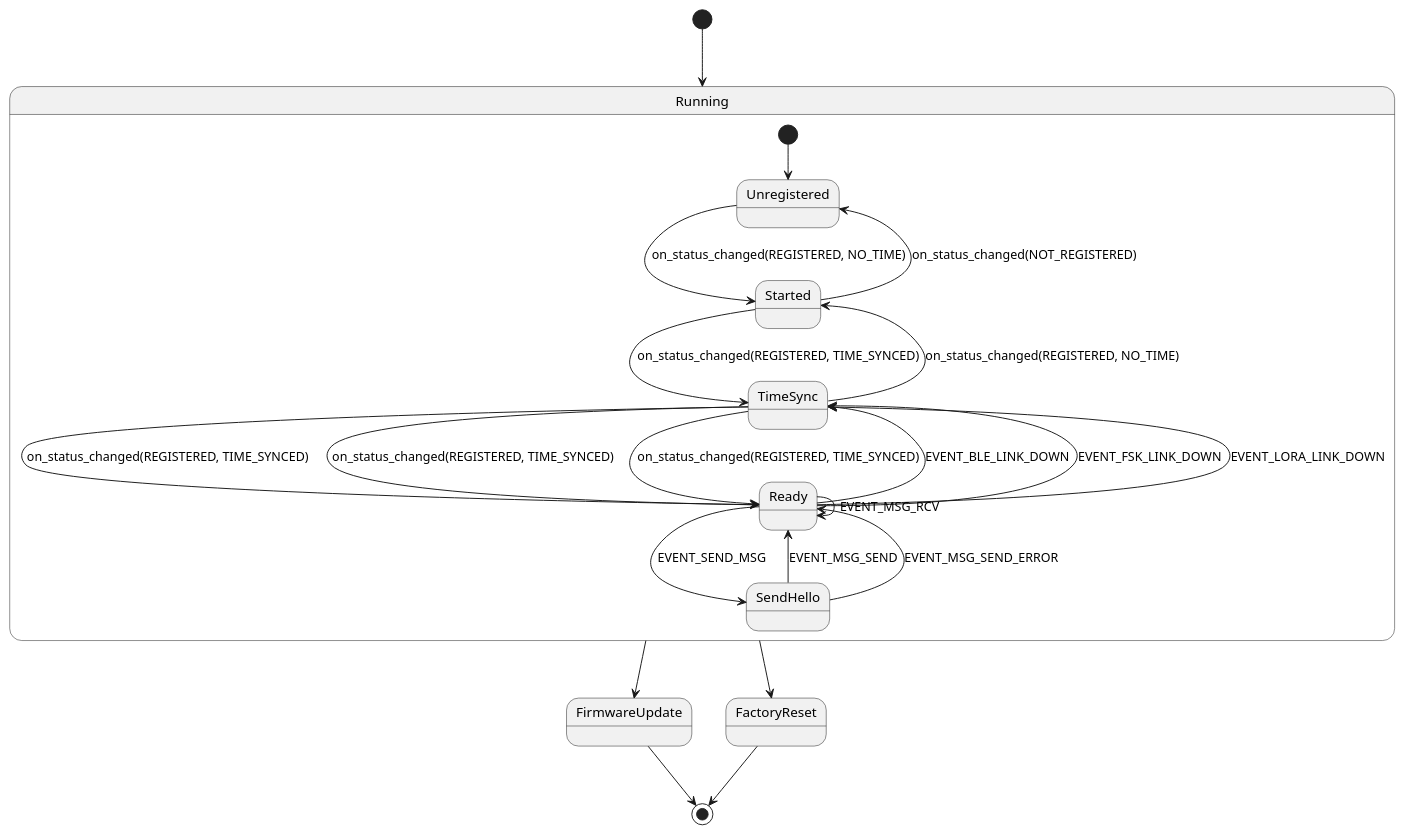
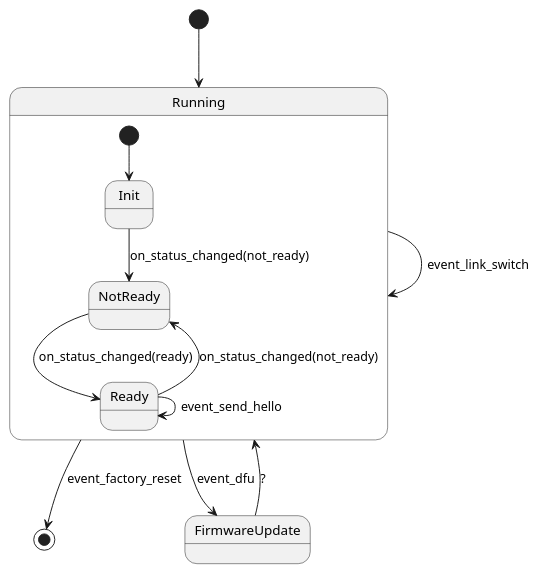
Before and after one commit to nrfconnect/sdk-sidewalk: the diagram in samples/template/src/demo_app/smf_graph.puml, drawn with PlantUML.

Commit message:
samples: update graph
KRKNWK-17953

```diff
--- a/samples/template/src/demo_app/smf_graph.puml
+++ b/samples/template/src/demo_app/smf_graph.puml
@@ -1,25 +1,15 @@
 @startuml template state machine
 
 [*] --> Running
 state Running{
-[*] --> Unregistered
-Unregistered --> Started : on_status_changed(REGISTERED, NO_TIME)
-Started --> Unregistered : on_status_changed(NOT_REGISTERED)
-Started --> TimeSync : on_status_changed(REGISTERED, TIME_SYNCED)
-TimeSync --> Started : on_status_changed(REGISTERED, NO_TIME)
-TimeSync --> Ready : on_status_changed(REGISTERED, TIME_SYNCED)
-TimeSync --> Ready : on_status_changed(REGISTERED, TIME_SYNCED)
-TimeSync --> Ready : on_status_changed(REGISTERED, TIME_SYNCED)
-Ready --> TimeSync : EVENT_BLE_LINK_DOWN
-Ready --> TimeSync : EVENT_FSK_LINK_DOWN
-Ready --> TimeSync : EVENT_LORA_LINK_DOWN
-Ready --> Ready : EVENT_MSG_RCV
-Ready --> SendHello : EVENT_SEND_MSG
-SendHello --> Ready : EVENT_MSG_SEND
-SendHello --> Ready : EVENT_MSG_SEND_ERROR
+[*] --> Init
+Init --> NotReady : on_status_changed(not_ready)
+Ready --> NotReady : on_status_changed(not_ready)
+NotReady --> Ready : on_status_changed(ready)
+Ready --> Ready : event_send_hello
 }
-Running --> FirmwareUpdate
-FirmwareUpdate --> [*]
-Running --> FactoryReset
-FactoryReset --> [*]
+Running --> [*] : event_factory_reset
+Running --> Running : event_link_switch
+Running --> FirmwareUpdate : event_dfu
+FirmwareUpdate --> Running : ?
 @enduml
```
